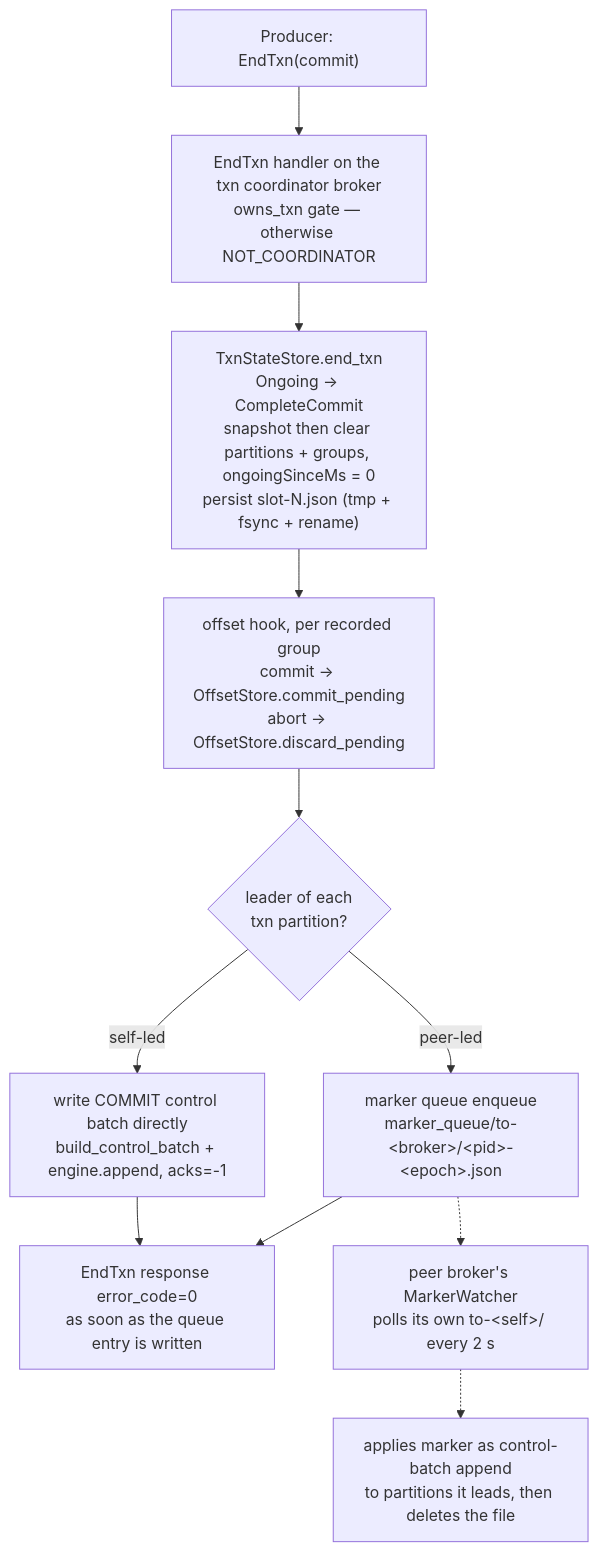
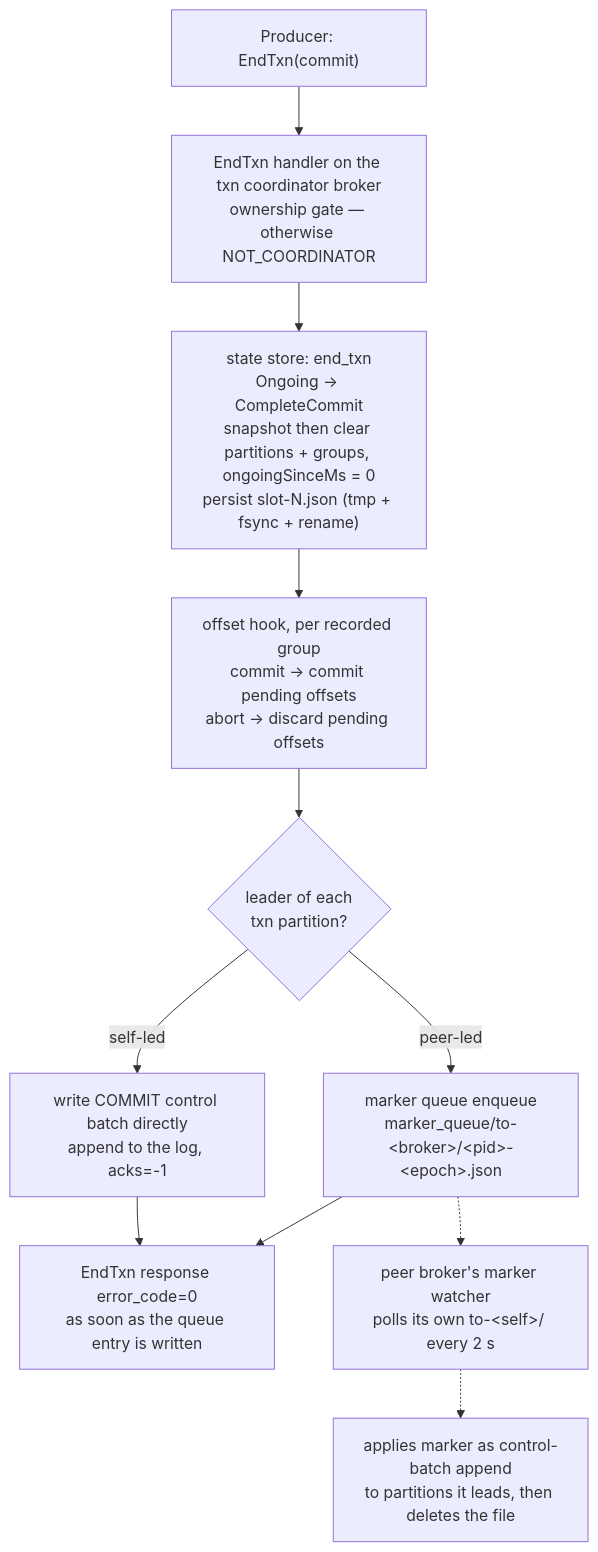
The second of 2 diagrams in docs/src/architecture/transactions.md (Woestebanaan/kaas), drawn with Mermaid before and after one commit. The commit also changed other lines of this file and 35 other files, not shown here.

````diff
--- a/docs/src/architecture/transactions.md
+++ b/docs/src/architecture/transactions.md
@@ -113,13 +128,13 @@
 ```mermaid
 flowchart TD
-    producer["Producer: EndTxn(commit)"] --> handler["EndTxn handler on the txn coordinator broker<br/>owns_txn gate — otherwise NOT_COORDINATOR"]
-    handler --> transition["TxnStateStore.end_txn<br/>Ongoing → CompleteCommit<br/>snapshot then clear partitions + groups, ongoingSinceMs = 0<br/>persist slot-N.json (tmp + fsync + rename)"]
-    transition --> hook["offset hook, per recorded group<br/>commit → OffsetStore.commit_pending<br/>abort → OffsetStore.discard_pending"]
+    producer["Producer: EndTxn(commit)"] --> handler["EndTxn handler on the txn coordinator broker<br/>ownership gate — otherwise NOT_COORDINATOR"]
+    handler --> transition["state store: end_txn<br/>Ongoing → CompleteCommit<br/>snapshot then clear partitions + groups, ongoingSinceMs = 0<br/>persist slot-N.json (tmp + fsync + rename)"]
+    transition --> hook["offset hook, per recorded group<br/>commit → commit pending offsets<br/>abort → discard pending offsets"]
     hook --> split{"leader of each<br/>txn partition?"}
-    split -- "self-led" --> local["write COMMIT control batch directly<br/>build_control_batch + engine.append, acks=-1"]
+    split -- "self-led" --> local["write COMMIT control batch directly<br/>append to the log, acks=-1"]
     split -- "peer-led" --> enqueue["marker queue enqueue<br/>marker_queue/to-&lt;broker&gt;/&lt;pid&gt;-&lt;epoch&gt;.json"]
     local --> respond["EndTxn response error_code=0<br/>as soon as the queue entry is written"]
     enqueue --> respond
-    enqueue -.-> watcher["peer broker's MarkerWatcher<br/>polls its own to-&lt;self&gt;/ every 2 s"]
+    enqueue -.-> watcher["peer broker's marker watcher<br/>polls its own to-&lt;self&gt;/ every 2 s"]
     watcher -.-> apply["applies marker as control-batch append<br/>to partitions it leads, then deletes the file"]
 ```
````
